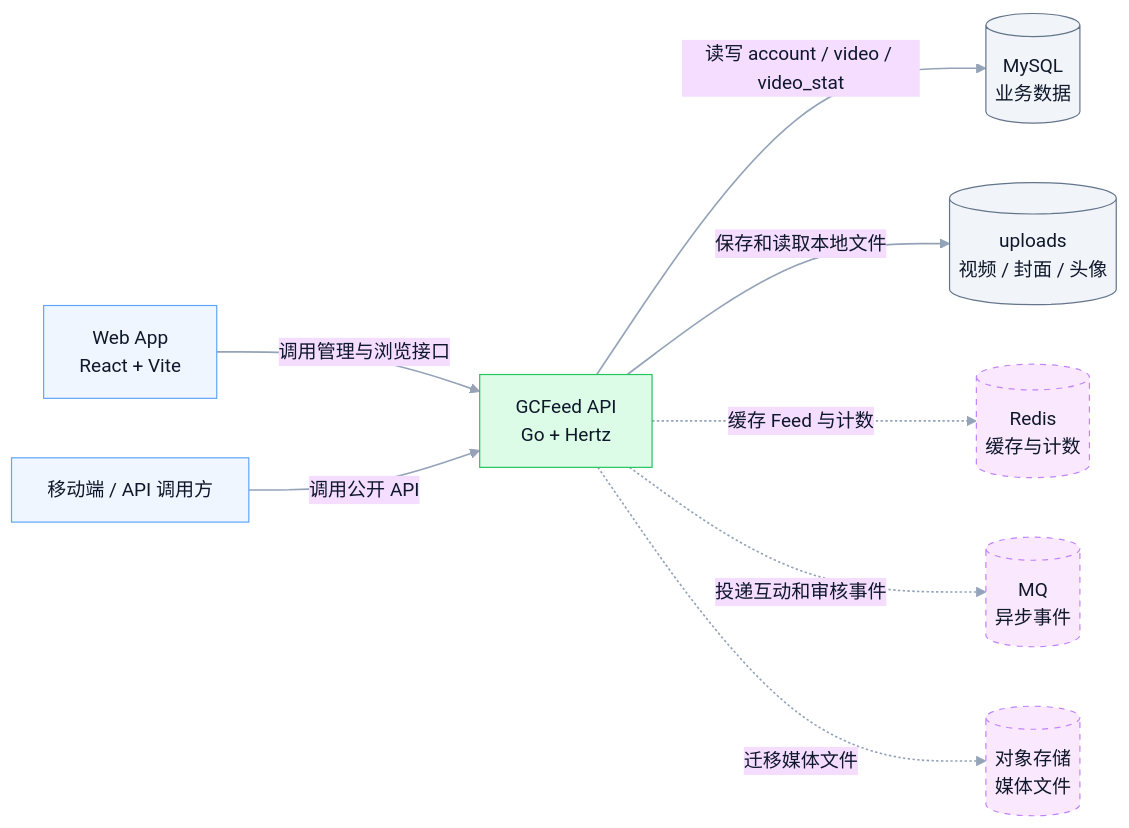
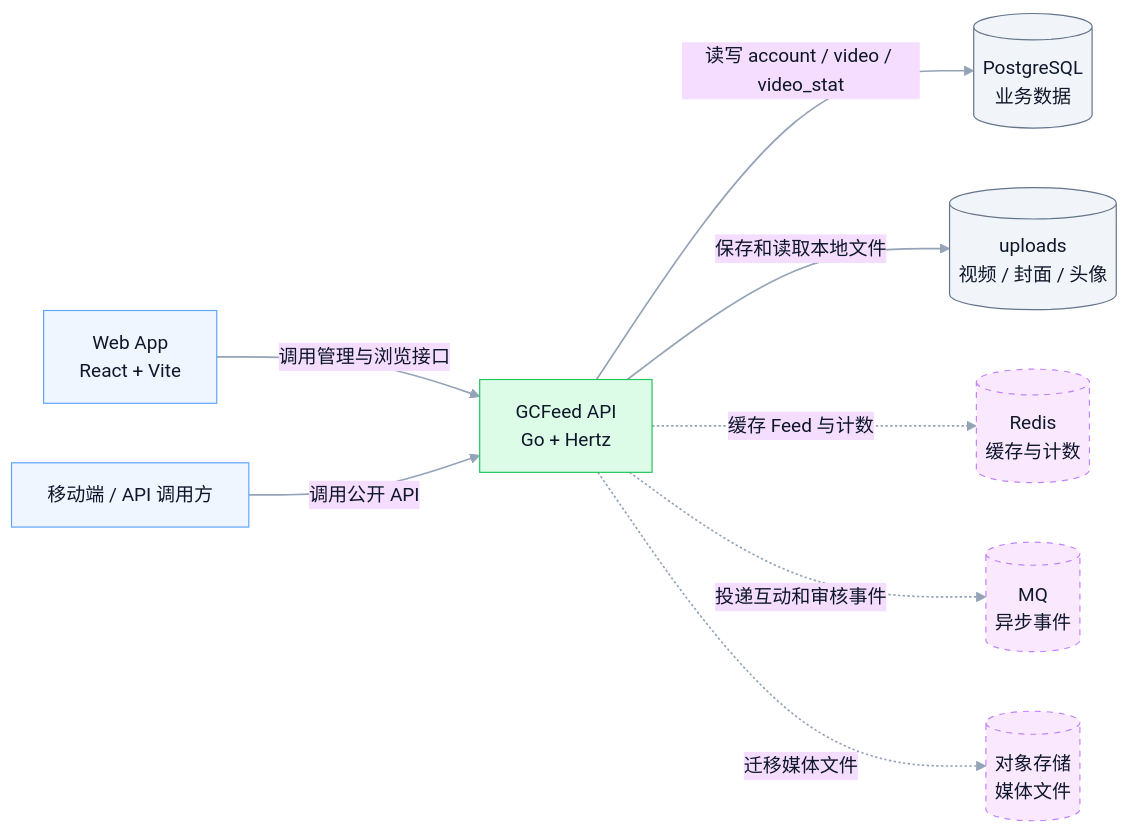
One commit to shiyudesu/frux changed the first of 5 diagrams in docs/architecture.md. Above: the diagram before and after it, drawn with Mermaid. The commit also changed other lines of this file and 54 other files, not shown here.

First line of the commit message:
refactor(api): migrate persistence to PostgreSQL

````diff
--- a/docs/architecture.md
+++ b/docs/architecture.md
@@ -9,43 +9,43 @@
 ```mermaid
 ---
 config:
   theme: base
   layout: dagre
   themeVariables:
     background: transparent
     fontFamily: Inter, PingFang SC, Microsoft YaHei, Arial
     primaryTextColor: "#0F172A"
     lineColor: "#94A3B8"
     clusterBkg: "#F8FAFC"
     clusterBorder: "#CBD5E1"
 ---
 flowchart LR
   %% GCFeed MVP system context
   classDef client fill:#EFF6FF,stroke:#60A5FA,color:#0F172A,stroke-width:1px;
   classDef system fill:#DCFCE7,stroke:#22C55E,color:#0F172A,stroke-width:1px;
   classDef store fill:#F1F5F9,stroke:#64748B,color:#0F172A,stroke-width:1px;
   classDef future fill:#FAE8FF,stroke:#C084FC,color:#0F172A,stroke-width:1px,stroke-dasharray:5 5;
 
   Web["Web App<br/>React + Vite"]
   Client["移动端 / API 调用方"]
   API["GCFeed API<br/>Go + Hertz"]
-  MySQL[("MySQL<br/>业务数据")]
+  PostgreSQL[("PostgreSQL<br/>业务数据")]
   Uploads[("uploads<br/>视频 / 封面 / 头像")]
   Redis[("Redis<br/>缓存与计数")]
   MQ[("MQ<br/>异步事件")]
   ObjectStorage[("对象存储<br/>媒体文件")]
 
   Web -->|"调用管理与浏览接口"| API
   Client -->|"调用公开 API"| API
-  API -->|"读写 account / video / video_stat"| MySQL
+  API -->|"读写 account / video / video_stat"| PostgreSQL
   API -->|"保存和读取本地文件"| Uploads
   API -.->|"缓存 Feed 与计数"| Redis
   API -.->|"投递互动和审核事件"| MQ
   API -.->|"迁移媒体文件"| ObjectStorage
 
   class Web,Client client;
   class API system;
-  class MySQL,Uploads store;
+  class PostgreSQL,Uploads store;
   class Redis,MQ,ObjectStorage future;
   linkStyle default stroke:#94A3B8,stroke-width:1.4px
 ```
````
